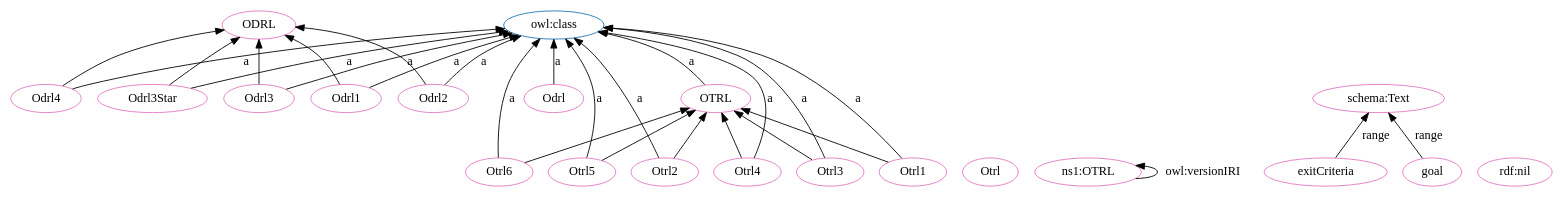
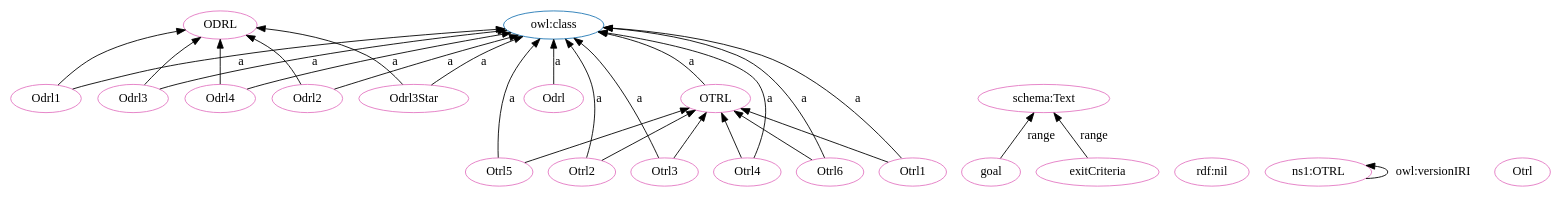
One commit to OPEN-NEXT/OKH-LOSH changed the diagram in OTRL-clean.dot. Above: the diagram before and after it, drawn with Graphviz. The commit also changed other lines of this file and 17 other files, not shown here.

```diff
--- a/OTRL-clean.dot
+++ b/OTRL-clean.dot
@@ -1,54 +1,54 @@
 digraph G {
   rankdir=BT
   node[height=.3]
 "http://purl.org/oseg/ontologies/OTRL#ODRL" [fillcolor="#1f77b4" color="#1f77b4" label="ODRL"]
+"http://www.w3.org/2002/07/owl#class" [fillcolor="#1f77b4" color="#1f77b4" label="owl:class"]
 "http://purl.org/oseg/ontologies/OTRL#OTRL" [fillcolor="#1f77b4" color="#1f77b4" label="OTRL"]
-"http://www.w3.org/2002/07/owl#class" [fillcolor="#1f77b4" color="#1f77b4" label="owl:class"]
 "http://purl.org/oseg/ontologies/OTRL#OTRL" [fillcolor="#e377c2" color="#e377c2" label="OTRL"]
+"http://schema.org/Text" [fillcolor="#e377c2" color="#e377c2" label="schema:Text"]
 "http://purl.org/oseg/ontologies/OTRL#ODRL" [fillcolor="#e377c2" color="#e377c2" label="ODRL"]
+"http://www.w3.org/1999/02/22-rdf-syntax-ns#nil" [fillcolor="#e377c2" color="#e377c2" label="rdf:nil"]
+"http://purl.org/oseg/ontologies/OTRL" [fillcolor="#e377c2" color="#e377c2" label="ns1:OTRL"]
+"http://purl.org/oseg/ontologies/OTRL#goal" [fillcolor="#e377c2" color="#e377c2" label="goal"]
+"http://purl.org/oseg/ontologies/OTRL#Otrl" [fillcolor="#e377c2" color="#e377c2" label="Otrl"]
 "http://purl.org/oseg/ontologies/OTRL#Odrl" [fillcolor="#e377c2" color="#e377c2" label="Odrl"]
-"http://purl.org/oseg/ontologies/OTRL#Otrl" [fillcolor="#e377c2" color="#e377c2" label="Otrl"]
-"http://purl.org/oseg/ontologies/OTRL" [fillcolor="#e377c2" color="#e377c2" label="ns1:OTRL"]
-"http://purl.org/oseg/ontologies/OTRL#Odrl4" [fillcolor="#e377c2" color="#e377c2" label="Odrl4"]
-"http://purl.org/oseg/ontologies/OTRL#Otrl6" [fillcolor="#e377c2" color="#e377c2" label="Otrl6"]
-"http://schema.org/Text" [fillcolor="#e377c2" color="#e377c2" label="schema:Text"]
-"http://purl.org/oseg/ontologies/OTRL#exitCriteria" [fillcolor="#e377c2" color="#e377c2" label="exitCriteria"]
 "http://purl.org/oseg/ontologies/OTRL#Otrl5" [fillcolor="#e377c2" color="#e377c2" label="Otrl5"]
-"http://purl.org/oseg/ontologies/OTRL#Odrl3Star" [fillcolor="#e377c2" color="#e377c2" label="Odrl3Star"]
 "http://purl.org/oseg/ontologies/OTRL#Otrl2" [fillcolor="#e377c2" color="#e377c2" label="Otrl2"]
-"http://www.w3.org/1999/02/22-rdf-syntax-ns#nil" [fillcolor="#e377c2" color="#e377c2" label="rdf:nil"]
-"http://purl.org/oseg/ontologies/OTRL#Otrl4" [fillcolor="#e377c2" color="#e377c2" label="Otrl4"]
-"http://purl.org/oseg/ontologies/OTRL#Odrl3" [fillcolor="#e377c2" color="#e377c2" label="Odrl3"]
-"http://purl.org/oseg/ontologies/OTRL#goal" [fillcolor="#e377c2" color="#e377c2" label="goal"]
 "http://purl.org/oseg/ontologies/OTRL#Odrl1" [fillcolor="#e377c2" color="#e377c2" label="Odrl1"]
 "http://purl.org/oseg/ontologies/OTRL#Otrl3" [fillcolor="#e377c2" color="#e377c2" label="Otrl3"]
+"http://purl.org/oseg/ontologies/OTRL#Odrl3" [fillcolor="#e377c2" color="#e377c2" label="Odrl3"]
+"http://purl.org/oseg/ontologies/OTRL#Odrl4" [fillcolor="#e377c2" color="#e377c2" label="Odrl4"]
+"http://purl.org/oseg/ontologies/OTRL#exitCriteria" [fillcolor="#e377c2" color="#e377c2" label="exitCriteria"]
+"http://purl.org/oseg/ontologies/OTRL#Odrl2" [fillcolor="#e377c2" color="#e377c2" label="Odrl2"]
+"http://purl.org/oseg/ontologies/OTRL#Otrl4" [fillcolor="#e377c2" color="#e377c2" label="Otrl4"]
+"http://purl.org/oseg/ontologies/OTRL#Otrl6" [fillcolor="#e377c2" color="#e377c2" label="Otrl6"]
+"http://purl.org/oseg/ontologies/OTRL#Odrl3Star" [fillcolor="#e377c2" color="#e377c2" label="Odrl3Star"]
 "http://purl.org/oseg/ontologies/OTRL#Otrl1" [fillcolor="#e377c2" color="#e377c2" label="Otrl1"]
-"http://purl.org/oseg/ontologies/OTRL#Odrl2" [fillcolor="#e377c2" color="#e377c2" label="Odrl2"]
+  "http://purl.org/oseg/ontologies/OTRL#Otrl3" -> "http://purl.org/oseg/ontologies/OTRL#OTRL" [label=""]
+  "http://purl.org/oseg/ontologies/OTRL#exitCriteria" -> "http://schema.org/Text" [label="range"]
+  "http://purl.org/oseg/ontologies/OTRL#Odrl4" -> "http://purl.org/oseg/ontologies/OTRL#ODRL" [label=""]
+  "http://purl.org/oseg/ontologies/OTRL#Odrl" -> "http://www.w3.org/2002/07/owl#class" [label="a"]
+  "http://purl.org/oseg/ontologies/OTRL#Otrl6" -> "http://purl.org/oseg/ontologies/OTRL#OTRL" [label=""]
+  "http://purl.org/oseg/ontologies/OTRL#Odrl4" -> "http://www.w3.org/2002/07/owl#class" [label="a"]
+  "http://purl.org/oseg/ontologies/OTRL#Otrl6" -> "http://www.w3.org/2002/07/owl#class" [label="a"]
+  "http://purl.org/oseg/ontologies/OTRL#Otrl1" -> "http://www.w3.org/2002/07/owl#class" [label="a"]
+  "http://purl.org/oseg/ontologies/OTRL" -> "http://purl.org/oseg/ontologies/OTRL" [label="owl:versionIRI"]
+  "http://purl.org/oseg/ontologies/OTRL#Odrl2" -> "http://purl.org/oseg/ontologies/OTRL#ODRL" [label=""]
+  "http://purl.org/oseg/ontologies/OTRL#Odrl1" -> "http://purl.org/oseg/ontologies/OTRL#ODRL" [label=""]
+  "http://purl.org/oseg/ontologies/OTRL#Otrl5" -> "http://www.w3.org/2002/07/owl#class" [label="a"]
+  "http://purl.org/oseg/ontologies/OTRL#Otrl2" -> "http://www.w3.org/2002/07/owl#class" [label="a"]
+  "http://purl.org/oseg/ontologies/OTRL#Otrl5" -> "http://purl.org/oseg/ontologies/OTRL#OTRL" [label=""]
+  "http://purl.org/oseg/ontologies/OTRL#Otrl2" -> "http://purl.org/oseg/ontologies/OTRL#OTRL" [label=""]
+  "http://purl.org/oseg/ontologies/OTRL#Odrl3" -> "http://purl.org/oseg/ontologies/OTRL#ODRL" [label=""]
   "http://purl.org/oseg/ontologies/OTRL#Odrl3Star" -> "http://purl.org/oseg/ontologies/OTRL#ODRL" [label=""]
-  "http://purl.org/oseg/ontologies/OTRL#Odrl" -> "http://www.w3.org/2002/07/owl#class" [label="a"]
-  "http://purl.org/oseg/ontologies/OTRL#Otrl6" -> "http://www.w3.org/2002/07/owl#class" [label="a"]
-  "http://purl.org/oseg/ontologies/OTRL#Otrl5" -> "http://purl.org/oseg/ontologies/OTRL#OTRL" [label=""]
+  "http://purl.org/oseg/ontologies/OTRL#Odrl1" -> "http://www.w3.org/2002/07/owl#class" [label="a"]
+  "http://purl.org/oseg/ontologies/OTRL#Otrl3" -> "http://www.w3.org/2002/07/owl#class" [label="a"]
+  "http://purl.org/oseg/ontologies/OTRL#Odrl3" -> "http://www.w3.org/2002/07/owl#class" [label="a"]
+  "http://purl.org/oseg/ontologies/OTRL#Otrl1" -> "http://purl.org/oseg/ontologies/OTRL#OTRL" [label=""]
+  "http://purl.org/oseg/ontologies/OTRL#OTRL" -> "http://www.w3.org/2002/07/owl#class" [label="a"]
+  "http://purl.org/oseg/ontologies/OTRL#Odrl2" -> "http://www.w3.org/2002/07/owl#class" [label="a"]
+  "http://purl.org/oseg/ontologies/OTRL#Otrl4" -> "http://www.w3.org/2002/07/owl#class" [label="a"]
+  "http://purl.org/oseg/ontologies/OTRL#Otrl4" -> "http://purl.org/oseg/ontologies/OTRL#OTRL" [label=""]
   "http://purl.org/oseg/ontologies/OTRL#goal" -> "http://schema.org/Text" [label="range"]
-  "http://purl.org/oseg/ontologies/OTRL#Odrl2" -> "http://www.w3.org/2002/07/owl#class" [label="a"]
-  "http://purl.org/oseg/ontologies/OTRL#Otrl1" -> "http://purl.org/oseg/ontologies/OTRL#OTRL" [label=""]
-  "http://purl.org/oseg/ontologies/OTRL" -> "http://purl.org/oseg/ontologies/OTRL" [label="owl:versionIRI"]
-  "http://purl.org/oseg/ontologies/OTRL#Otrl2" -> "http://purl.org/oseg/ontologies/OTRL#OTRL" [label=""]
-  "http://purl.org/oseg/ontologies/OTRL#Otrl4" -> "http://purl.org/oseg/ontologies/OTRL#OTRL" [label=""]
-  "http://purl.org/oseg/ontologies/OTRL#Odrl4" -> "http://www.w3.org/2002/07/owl#class" [label="a"]
-  "http://purl.org/oseg/ontologies/OTRL#exitCriteria" -> "http://schema.org/Text" [label="range"]
-  "http://purl.org/oseg/ontologies/OTRL#Otrl5" -> "http://www.w3.org/2002/07/owl#class" [label="a"]
   "http://purl.org/oseg/ontologies/OTRL#Odrl3Star" -> "http://www.w3.org/2002/07/owl#class" [label="a"]
-  "http://purl.org/oseg/ontologies/OTRL#Odrl2" -> "http://purl.org/oseg/ontologies/OTRL#ODRL" [label=""]
-  "http://purl.org/oseg/ontologies/OTRL#Otrl2" -> "http://www.w3.org/2002/07/owl#class" [label="a"]
-  "http://purl.org/oseg/ontologies/OTRL#Otrl4" -> "http://www.w3.org/2002/07/owl#class" [label="a"]
-  "http://purl.org/oseg/ontologies/OTRL#Odrl3" -> "http://www.w3.org/2002/07/owl#class" [label="a"]
-  "http://purl.org/oseg/ontologies/OTRL#Odrl3" -> "http://purl.org/oseg/ontologies/OTRL#ODRL" [label=""]
-  "http://purl.org/oseg/ontologies/OTRL#Odrl1" -> "http://www.w3.org/2002/07/owl#class" [label="a"]
-  "http://purl.org/oseg/ontologies/OTRL#OTRL" -> "http://www.w3.org/2002/07/owl#class" [label="a"]
-  "http://purl.org/oseg/ontologies/OTRL#Otrl3" -> "http://www.w3.org/2002/07/owl#class" [label="a"]
-  "http://purl.org/oseg/ontologies/OTRL#Otrl3" -> "http://purl.org/oseg/ontologies/OTRL#OTRL" [label=""]
-  "http://purl.org/oseg/ontologies/OTRL#Otrl6" -> "http://purl.org/oseg/ontologies/OTRL#OTRL" [label=""]
-  "http://purl.org/oseg/ontologies/OTRL#Odrl1" -> "http://purl.org/oseg/ontologies/OTRL#ODRL" [label=""]
-  "http://purl.org/oseg/ontologies/OTRL#Otrl1" -> "http://www.w3.org/2002/07/owl#class" [label="a"]
-  "http://purl.org/oseg/ontologies/OTRL#Odrl4" -> "http://purl.org/oseg/ontologies/OTRL#ODRL" [label=""]
 }
```
